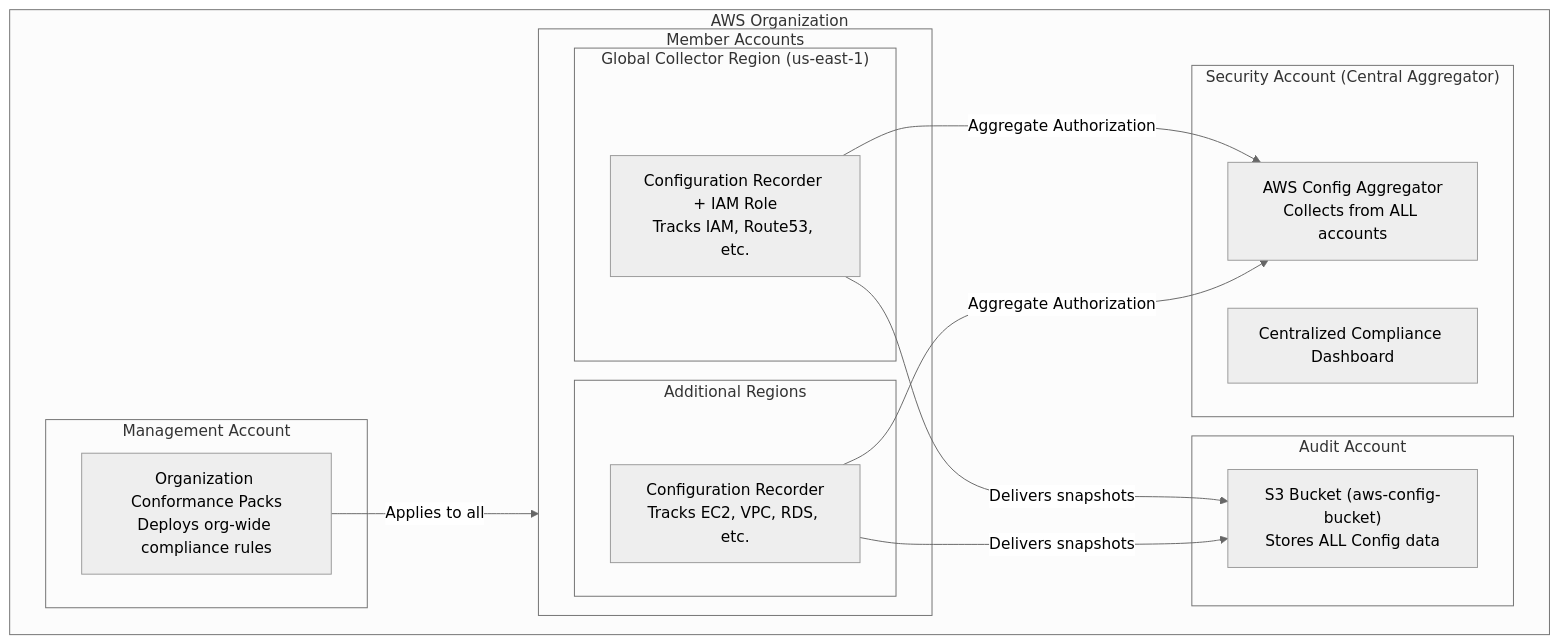
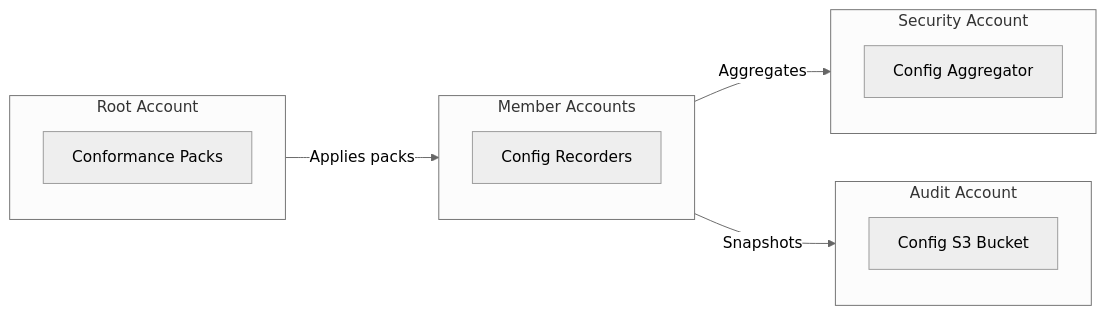
The diagram in docs/layers/security-and-compliance/aws-config.mdx (cloudposse/docs), drawn with Mermaid (neutral theme) before and after one commit. The commit also changed 10 other files, not shown here.

Commit message:
update security and compliance docs

````diff
--- a/docs/layers/security-and-compliance/aws-config.mdx
+++ b/docs/layers/security-and-compliance/aws-config.mdx
@@ -28,32 +28,22 @@
 ```mermaid
-flowchart TB
-    subgraph org["AWS Organization"]
-        subgraph mgmt["Management Account"]
-            mgmt_packs["Organization Conformance Packs<br/>Deploys org-wide compliance rules"]
-        end
-
-        subgraph security["Security Account (Central Aggregator)"]
-            aggregator["AWS Config Aggregator<br/>Collects from ALL accounts"]
-            dashboard["Centralized Compliance Dashboard"]
-        end
-
-        subgraph audit["Audit Account"]
-            bucket["S3 Bucket (aws-config-bucket)<br/>Stores ALL Config data"]
-        end
-
-        subgraph members["Member Accounts"]
-            subgraph global_region["Global Collector Region (us-east-1)"]
-                recorder1["Configuration Recorder + IAM Role<br/>Tracks IAM, Route53, etc."]
-            end
-            subgraph other_regions["Additional Regions"]
-                recorder2["Configuration Recorder<br/>Tracks EC2, VPC, RDS, etc."]
-            end
-        end
+flowchart LR
+    subgraph mgmt["Root Account"]
+        mgmt_packs["Conformance Packs"]
     end
 
-    mgmt_packs -->|"Applies to all"| members
-    recorder1 -->|"Aggregate Authorization"| aggregator
-    recorder2 -->|"Aggregate Authorization"| aggregator
-    recorder1 -->|"Delivers snapshots"| bucket
-    recorder2 -->|"Delivers snapshots"| bucket
+    subgraph security["Security Account"]
+        aggregator["Config Aggregator"]
+    end
+
+    subgraph audit["Audit Account"]
+        bucket["Config S3 Bucket"]
+    end
+
+    subgraph members["Member Accounts"]
+        recorder["Config Recorders"]
+    end
+
+    mgmt -->|"Applies packs"| members
+    members -->|"Aggregates"| security
+    members -->|"Snapshots"| audit
 ```
````
